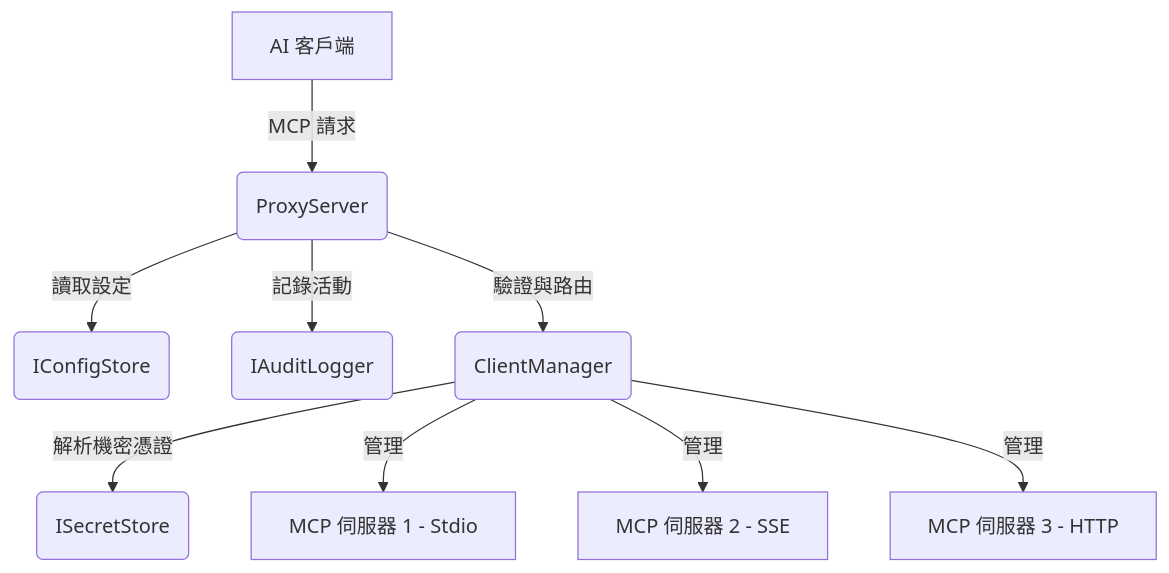
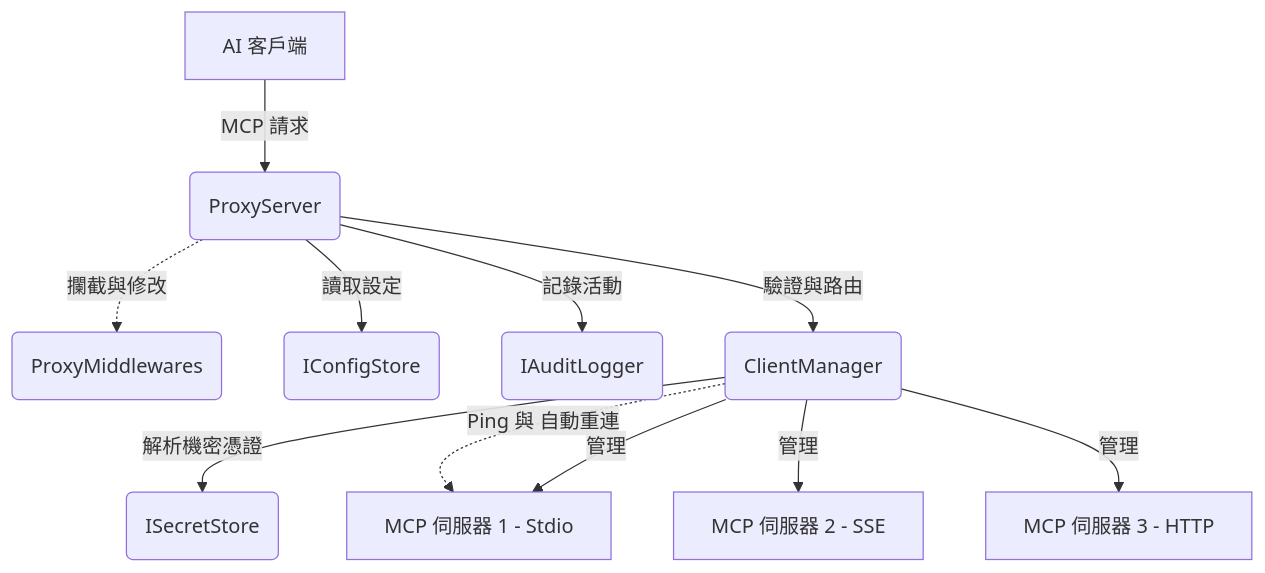
One commit to Cyber-Sec-Space/aag-core changed the second of 2 diagrams in ARCHITECTURE.md. Above: the diagram before and after it, drawn with Mermaid. The commit also changed other lines of this file and 1 other file, not shown here.

Commit message:
docs: update architecture mermaid diagrams to include middlewares and keep-alive behaviors

````diff
--- a/ARCHITECTURE.md
+++ b/ARCHITECTURE.md
@@ -67,13 +69,15 @@
 ```mermaid
 graph TD
     Client[AI 客戶端] -->|MCP 請求| Proxy(ProxyServer)
     
+    Proxy -.->|攔截與修改| MW(ProxyMiddlewares)
     Proxy -->|讀取設定| Config(IConfigStore)
     Proxy -->|記錄活動| Logger(IAuditLogger)
     Proxy -->|驗證與路由| CM(ClientManager)
     
     CM -->|解析機密憑證| Secrets(ISecretStore)
+    CM -.->|Ping 與 自動重連| Downstream1
     CM -->|管理| Downstream1[MCP 伺服器 1 - Stdio]
     CM -->|管理| Downstream2[MCP 伺服器 2 - SSE]
     CM -->|管理| Downstream3[MCP 伺服器 3 - HTTP]
 ```
````
